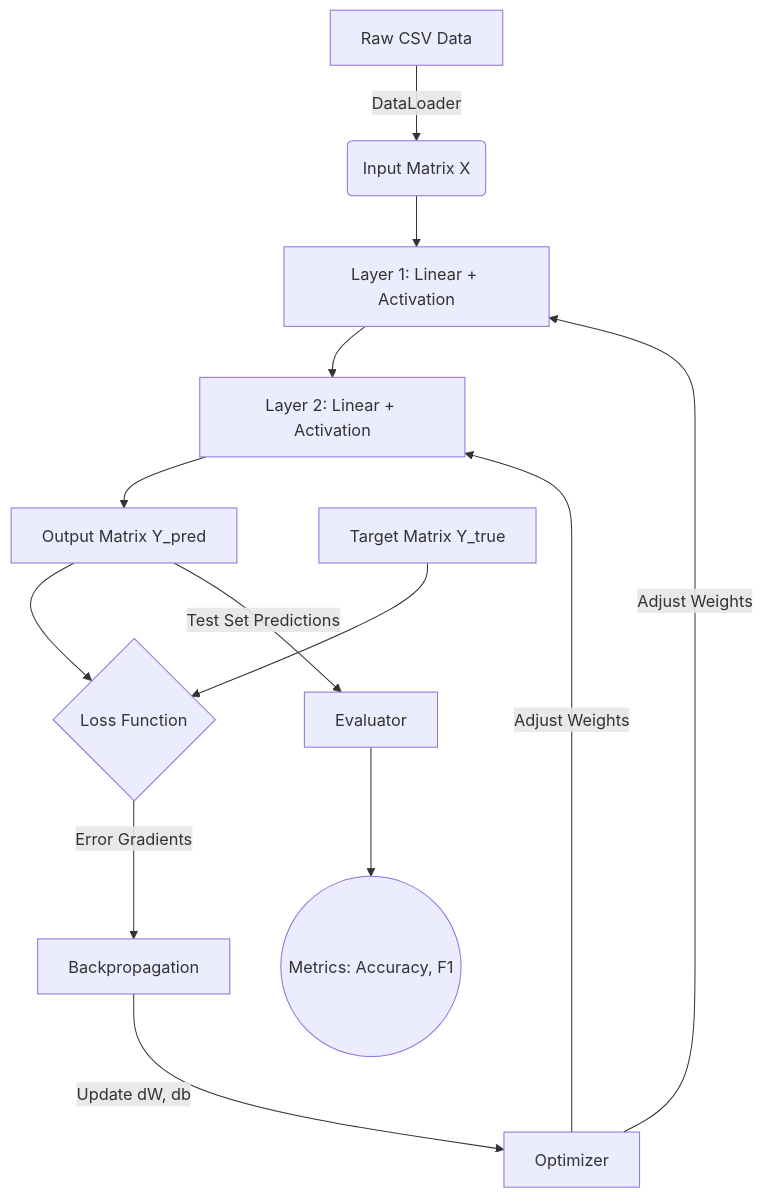
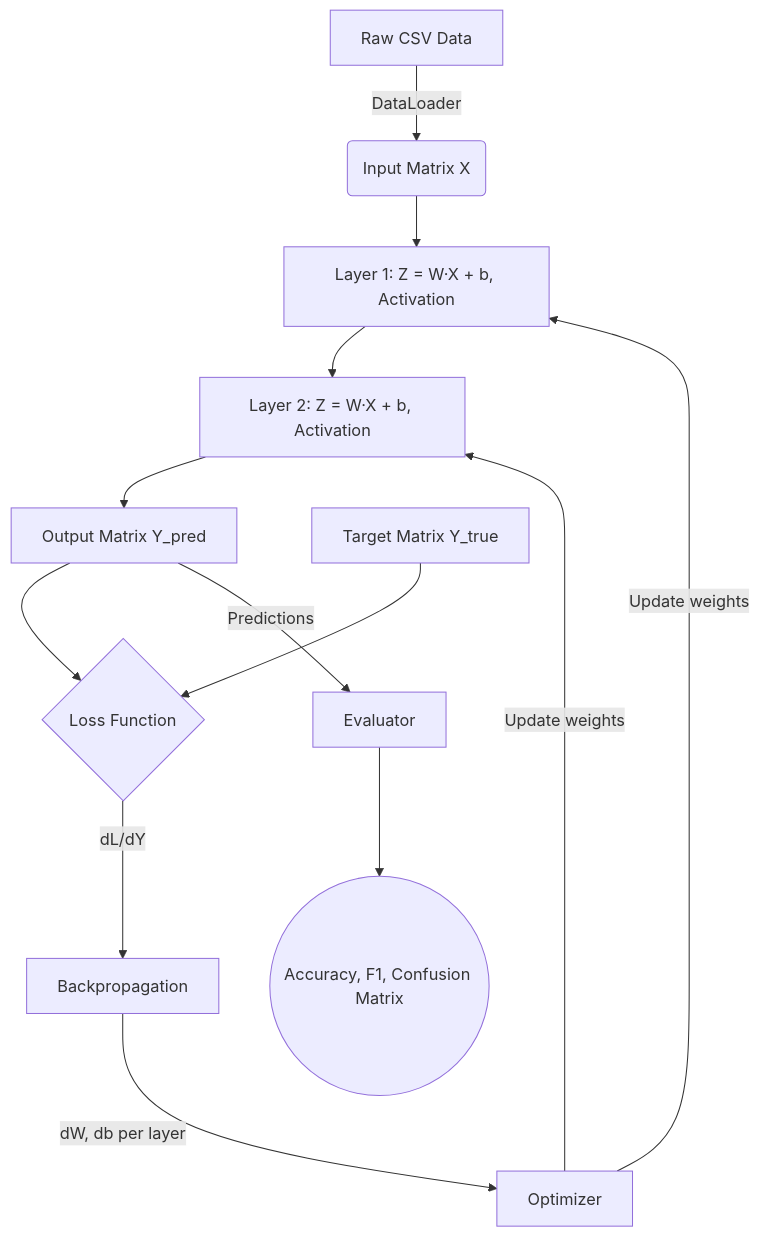
Before and after one commit to hemishsrichandra/MiniANN: the first of 2 diagrams in README.md, drawn with Mermaid. The commit also changed other lines of this file, not shown here.

````diff
--- a/README.md
+++ b/README.md
@@ -19,18 +35,18 @@
 ```mermaid
 graph TD
     A[Raw CSV Data] -->|DataLoader| B(Input Matrix X)
-    B --> C[Layer 1: Linear + Activation]
-    C --> D[Layer 2: Linear + Activation]
+    B --> C[Layer 1: Z = W·X + b, Activation]
+    C --> D[Layer 2: Z = W·X + b, Activation]
     D --> E[Output Matrix Y_pred]
-    
+
     E --> F{Loss Function}
     G[Target Matrix Y_true] --> F
-    
-    F -->|Error Gradients| H[Backpropagation]
-    H -->|Update dW, db| I[Optimizer]
-    I -->|Adjust Weights| C
-    I -->|Adjust Weights| D
-    
-    E -->|Test Set Predictions| J[Evaluator]
-    J --> K((Metrics: Accuracy, F1))
+
+    F -->|dL/dY| H[Backpropagation]
+    H -->|dW, db per layer| I[Optimizer]
+    I -->|Update weights| C
+    I -->|Update weights| D
+
+    E -->|Predictions| J[Evaluator]
+    J --> K((Accuracy, F1, Confusion Matrix))
 ```
````
